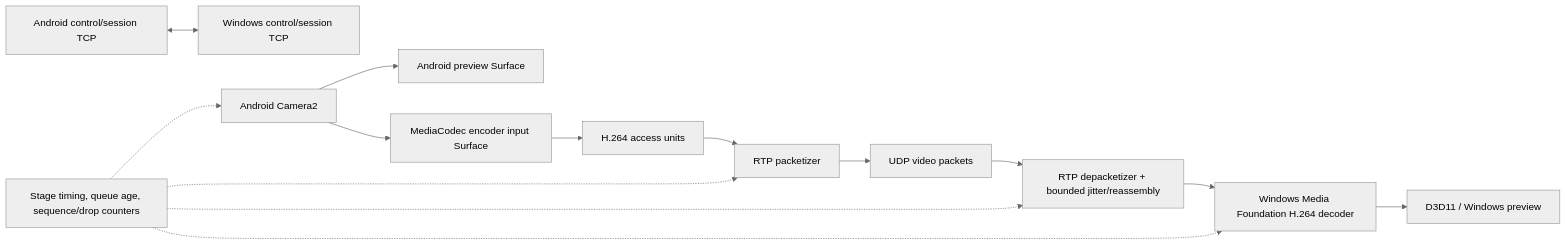
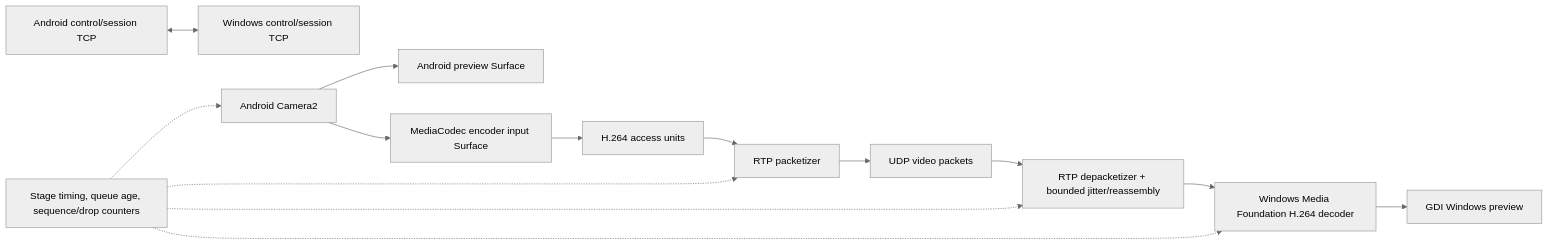
Before and after one commit to sangimed/droidcam-re: the diagram in docs/superpowers/specs/2026-10-24-droidcam-clone-vertical-slice.md, drawn with Mermaid (neutral theme). The commit also changed other lines of this file and 37 other files, not shown here.

````diff
--- a/docs/superpowers/specs/2026-10-24-droidcam-clone-vertical-slice.md
+++ b/docs/superpowers/specs/2026-10-24-droidcam-clone-vertical-slice.md
@@ -45,16 +45,16 @@
 ```mermaid
 flowchart LR
   A[Android Camera2] --> PV[Android preview Surface]
   A --> ES[MediaCodec encoder input Surface]
   ES --> H264[H.264 access units]
   H264 --> RTP[RTP packetizer]
   CTRL[Android control/session TCP] <--> CTRLW[Windows control/session TCP]
   RTP --> UDP[UDP video packets]
   UDP --> RX[RTP depacketizer + bounded jitter/reassembly]
   RX --> MF[Windows Media Foundation H.264 decoder]
-  MF --> PREVIEW[D3D11 / Windows preview]
+  MF --> PREVIEW[GDI Windows preview]
   TELE[Stage timing, queue age, sequence/drop counters] -.-> A
   TELE -.-> RTP
   TELE -.-> RX
   TELE -.-> MF
 ```
````
